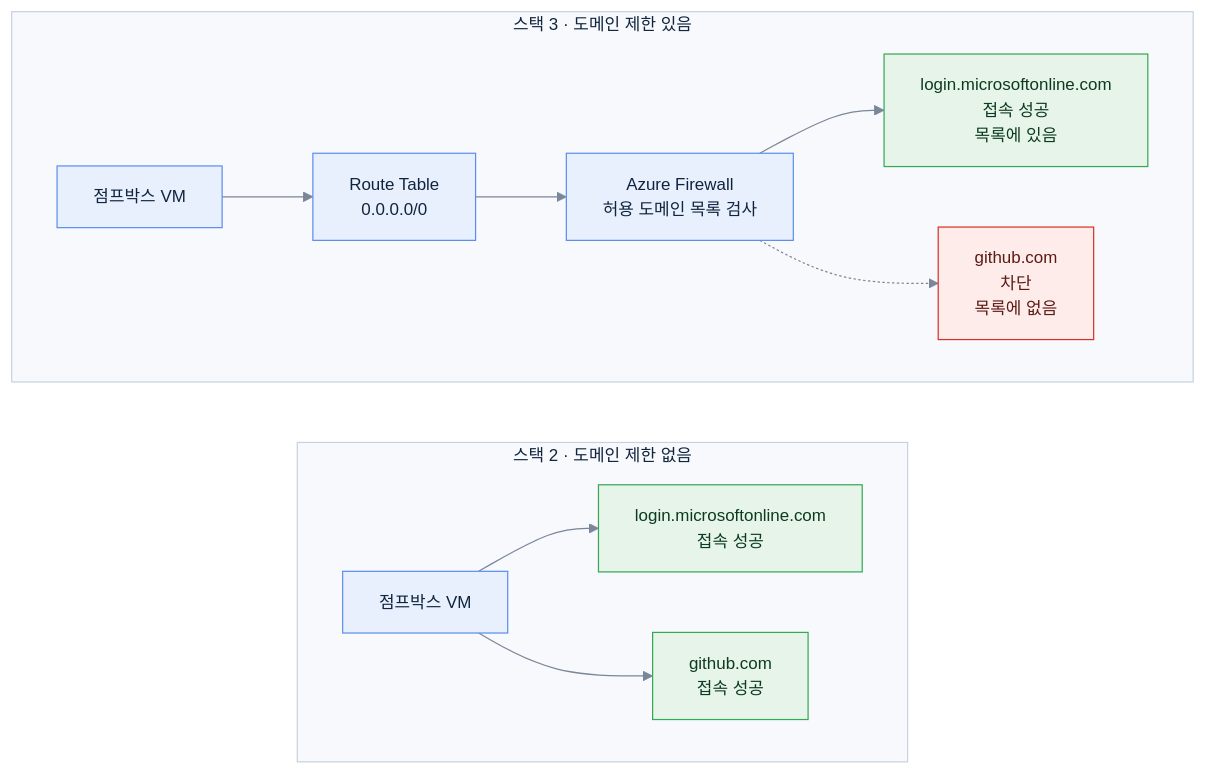
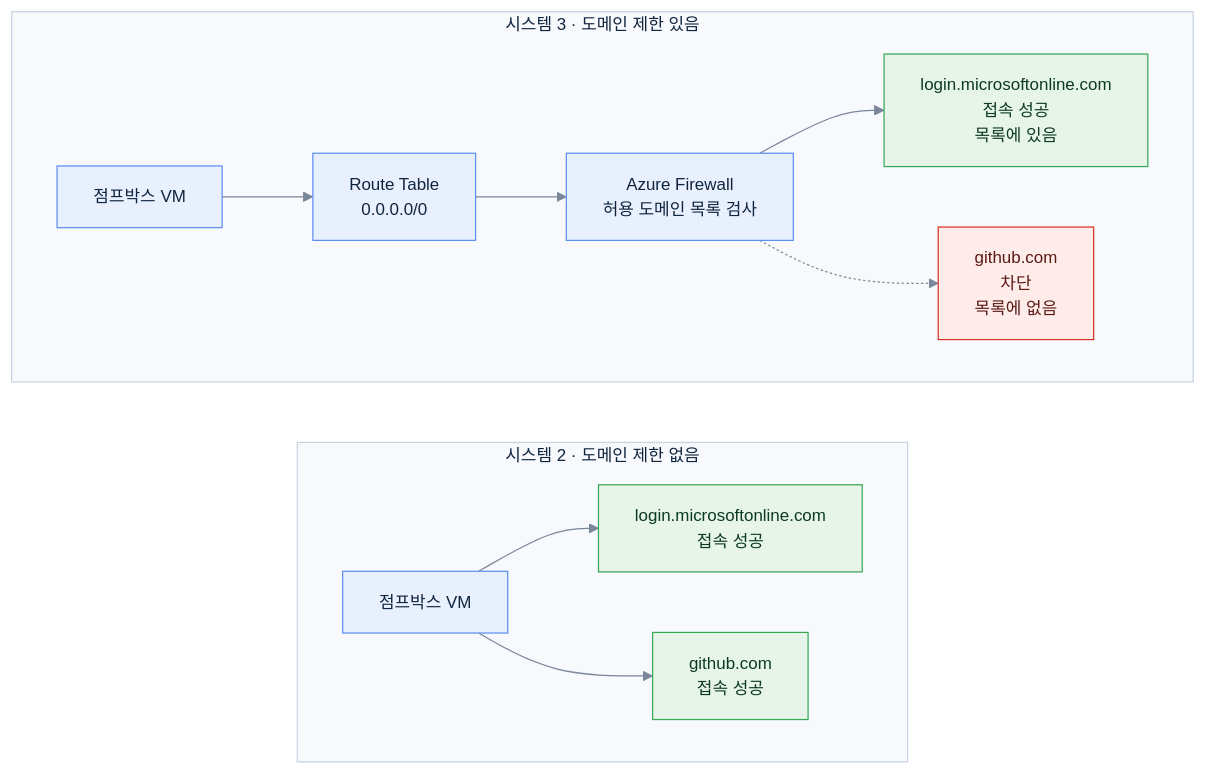
Before and after one commit to ivorycloud1013/lab-azure-hol-ai-services: the second of 2 diagrams in iac/README.md, drawn with Mermaid. The commit also changed other lines of this file and 12 other files, not shown here.

````diff
--- a/iac/README.md
+++ b/iac/README.md
@@ -346,32 +346,32 @@
 ```mermaid
 %%{init: {"theme":"base","themeVariables":{"fontFamily":"-apple-system, BlinkMacSystemFont, Segoe UI, Helvetica, Arial, sans-serif","fontSize":"14px","primaryColor":"#e8f0fe","primaryTextColor":"#10243e","primaryBorderColor":"#5b8def","lineColor":"#7a8699","textColor":"#10243e","clusterBkg":"#f7f9fc","clusterBorder":"#c7d2e0","titleColor":"#10243e","edgeLabelBackground":"#ffffff"}}}%%
 flowchart LR
-    subgraph S2["스택 2 · 도메인 제한 없음"]
+    subgraph S2["시스템 2 · 도메인 제한 없음"]
         direction LR
         jb2["점프박스 VM"]
         ok2a["login.microsoftonline.com<br/>접속 성공"]
         ok2b["github.com<br/>접속 성공"]
         jb2 --> ok2a
         jb2 --> ok2b
     end
 
-    subgraph S3["스택 3 · 도메인 제한 있음"]
+    subgraph S3["시스템 3 · 도메인 제한 있음"]
         direction LR
         jb3["점프박스 VM"]
         rt3["Route Table<br/>0.0.0.0/0"]
         fw3["Azure Firewall<br/>허용 도메인 목록 검사"]
         ok3["login.microsoftonline.com<br/>접속 성공<br/>목록에 있음"]
         ng3["github.com<br/>차단<br/>목록에 없음"]
         jb3 --> rt3 --> fw3
         fw3 --> ok3
         fw3 -.-> ng3
     end
 
     classDef pass fill:#e6f4ea,stroke:#34a853,color:#0d3b1e
     classDef blocked fill:#fdecea,stroke:#d93025,color:#5c1a14
     classDef step fill:#e8f0fe,stroke:#5b8def,color:#10243e
 
     class jb2,jb3,rt3,fw3 step
     class ok2a,ok2b,ok3 pass
     class ng3 blocked
 ```
````
